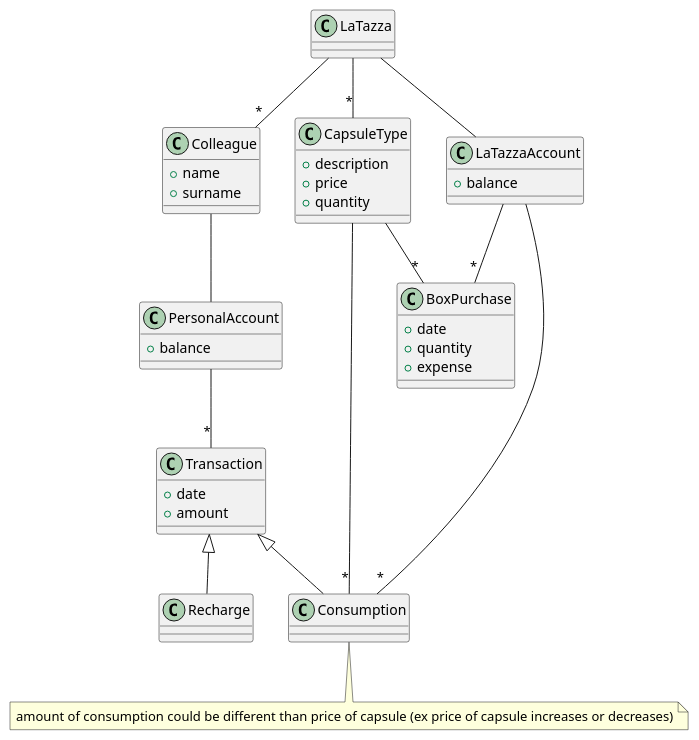
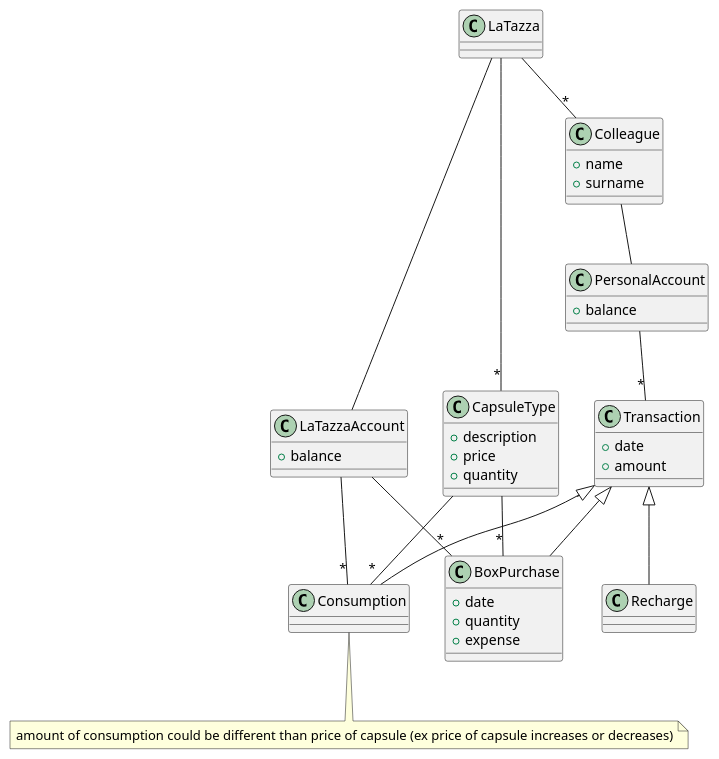
The second of 4 diagrams in Official Requirements Document.md (salvatore-dimartino/LaTazza), drawn with PlantUML before and after one commit.

Commit message:
Update Official Requirements Document.md

````diff
--- a/Official Requirements Document.md
+++ b/Official Requirements Document.md
@@ -189,56 +189,57 @@
 ```plantuml
 class LaTazza
 class Colleague {
 + name
 + surname
 }
 
 class PersonalAccount {
 + balance
 }
 
 class CapsuleType {
 + description
 + price
 + quantity
 }
 
 class LaTazzaAccount {
 + balance
 }
 
 class BoxPurchase {
 + date
 + quantity
 + expense
 }
 
 class Transaction {
 + date
 + amount
 }
 
 class Recharge
 class Consumption
 
 note "amount of consumption could be different than price of capsule (ex price of capsule increases or decreases)" as n
 
 
 LaTazza -- "*" Colleague
 LaTazza -- "*" CapsuleType
 LaTazza -- LaTazzaAccount
 
 LaTazzaAccount -- "*" BoxPurchase
 LaTazzaAccount -- "*" Consumption
 
 CapsuleType -- "*" Consumption
 CapsuleType -- "*" BoxPurchase
 
 Colleague -- PersonalAccount
 PersonalAccount -- "*" Transaction
 
 Transaction <|-- Recharge
 Transaction <|-- Consumption
+Transaction <|-- BoxPurchase
 
 Consumption -- n
 ```
````
